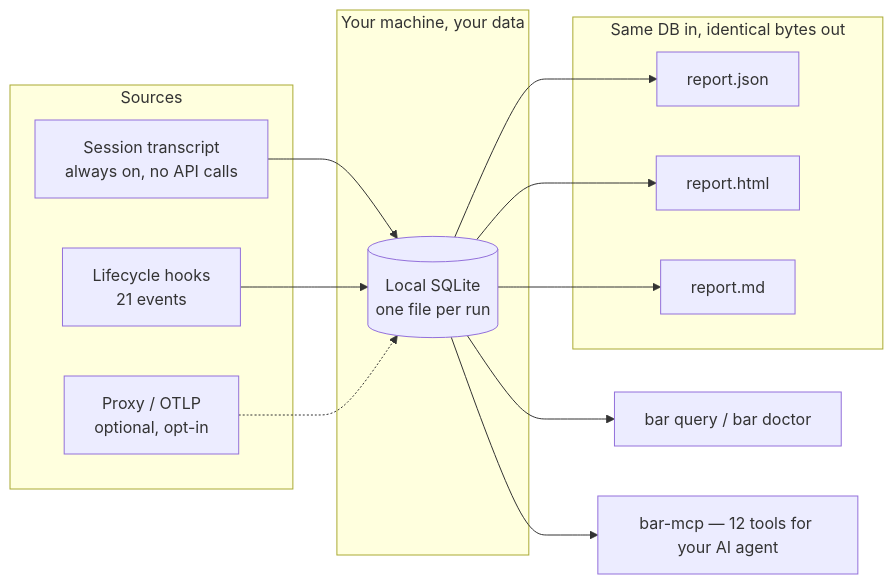
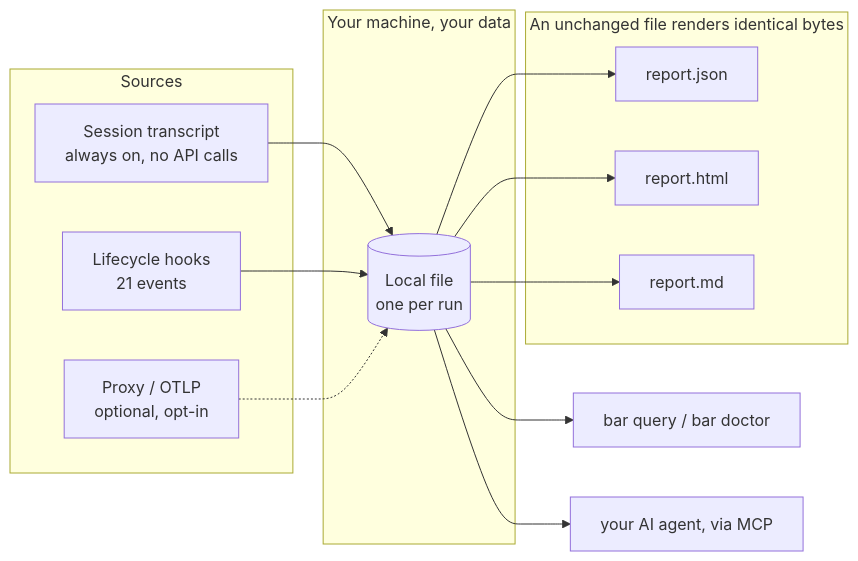
One commit to bar181/bar-observatory changed the diagram in README.md. Above: the diagram before and after it, drawn with Mermaid. The commit also changed other lines of this file and 1 other file, not shown here.

````diff
--- a/README.md
+++ b/README.md
@@ -162,27 +120,27 @@
 ```mermaid
 flowchart LR
     subgraph SOURCES["Sources"]
         T["Session transcript<br/>always on, no API calls"]
         H["Lifecycle hooks<br/>21 events"]
         P["Proxy / OTLP<br/>optional, opt-in"]
     end
 
     subgraph STORE["Your machine, your data"]
-        DB[("Local SQLite<br/>one file per run")]
+        DB[("Local file<br/>one per run")]
     end
 
-    subgraph OUT["Same DB in, identical bytes out"]
+    subgraph OUT["An unchanged file renders identical bytes"]
         J["report.json"]
         HT["report.html"]
         M["report.md"]
     end
 
     T --> DB
     H --> DB
     P -.-> DB
     DB --> J
     DB --> HT
     DB --> M
     DB --> Q["bar query / bar doctor"]
-    DB --> MCP["bar-mcp — 12 tools for your AI agent"]
+    DB --> MCP["your AI agent, via MCP"]
 ```
````
